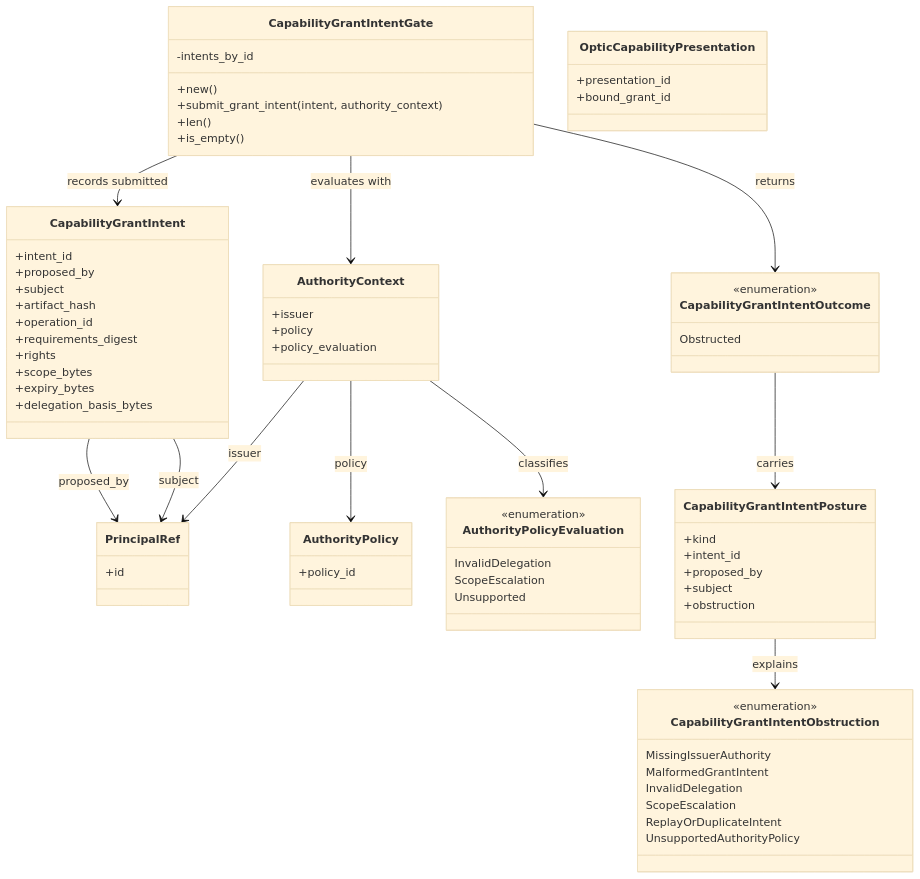
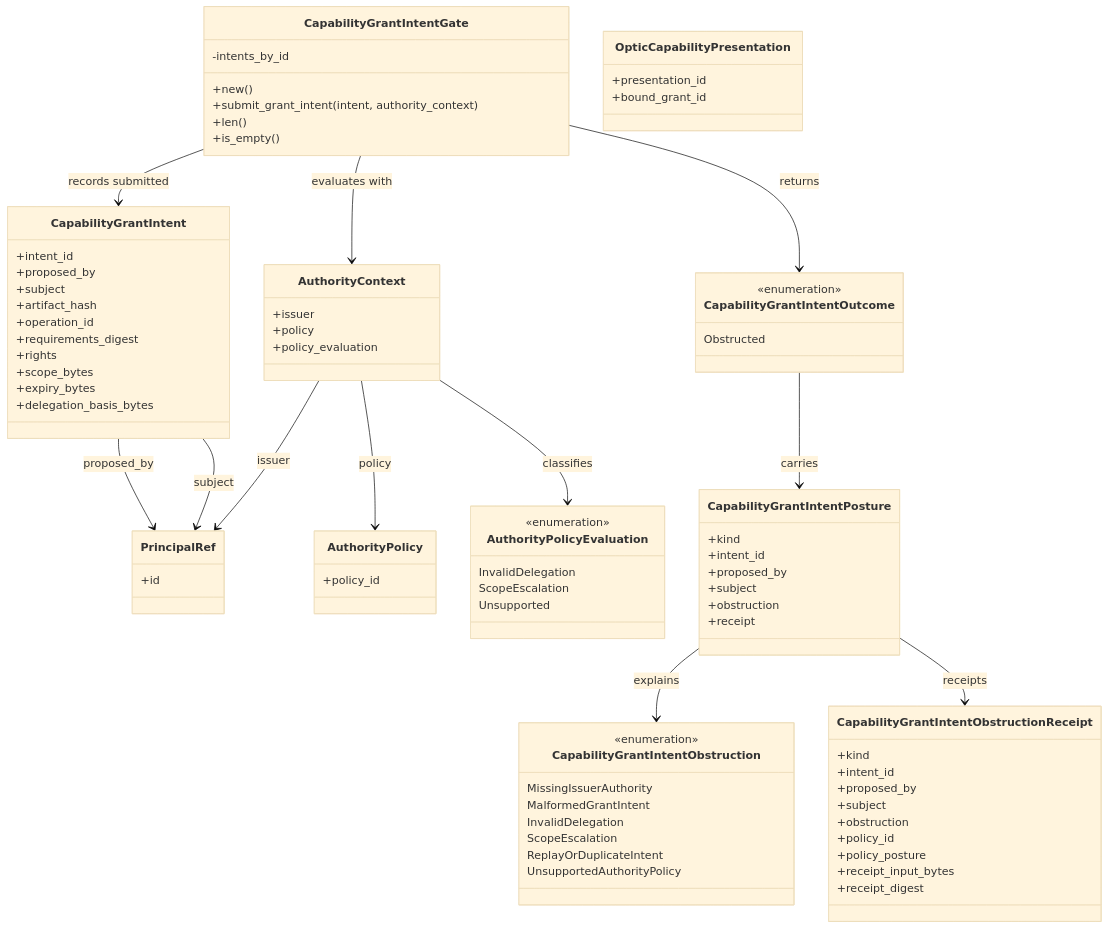
Before and after one commit to flyingrobots/echo: the fourth of 5 diagrams in docs/design/optic-capability-grant-intent-boundary.md, drawn with Mermaid (base theme). The commit also changed other lines of this file and 4 other files, not shown here.

Commit message:
feat(core): add grant intent obstruction receipt shape

````diff
--- a/docs/design/optic-capability-grant-intent-boundary.md
+++ b/docs/design/optic-capability-grant-intent-boundary.md
@@ -197,6 +202,19 @@
     +proposed_by
     +subject
     +obstruction
+    +receipt
+  }
+
+  class CapabilityGrantIntentObstructionReceipt {
+    +kind
+    +intent_id
+    +proposed_by
+    +subject
+    +obstruction
+    +policy_id
+    +policy_posture
+    +receipt_input_bytes
+    +receipt_digest
   }
 
   class CapabilityGrantIntentObstruction {
@@ -224,4 +242,5 @@
   CapabilityGrantIntentGate --> CapabilityGrantIntentOutcome : returns
   CapabilityGrantIntentOutcome --> CapabilityGrantIntentPosture : carries
   CapabilityGrantIntentPosture --> CapabilityGrantIntentObstruction : explains
+  CapabilityGrantIntentPosture --> CapabilityGrantIntentObstructionReceipt : receipts
 ```
````
